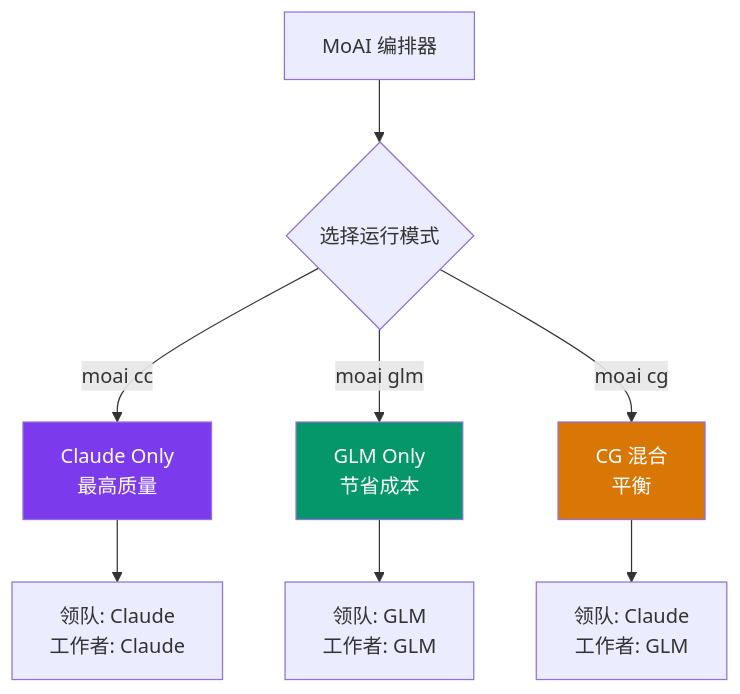
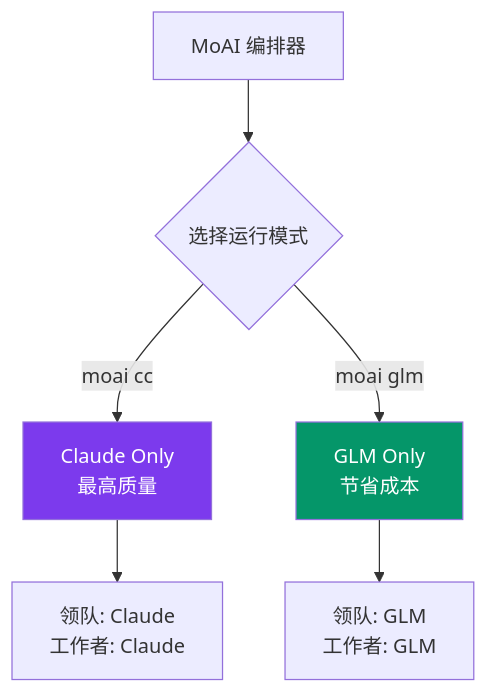
Before and after one commit to modu-ai/moai-adk: the diagram in docs-site/content/zh/multi-llm/_index.md, drawn with Mermaid. The commit also changed other lines of this file and 1608 other files, not shown here.

````diff
--- a/docs-site/content/zh/multi-llm/_index.md
+++ b/docs-site/content/zh/multi-llm/_index.md
@@ -53,15 +51,12 @@
 ```mermaid
 graph TD
     A["MoAI 编排器"] --> B{"选择运行模式"}
     B -->|"moai cc"| C["Claude Only<br/>最高质量"]
     B -->|"moai glm"| D["GLM Only<br/>节省成本"]
-    B -->|"moai cg"| E["CG 混合<br/>平衡"]
 
     C --> F["领队: Claude<br/>工作者: Claude"]
     D --> G["领队: GLM<br/>工作者: GLM"]
-    E --> H["领队: Claude<br/>工作者: GLM"]
 
     style C fill:#7C3AED,color:#fff
     style D fill:#059669,color:#fff
-    style E fill:#D97706,color:#fff
 ```
````
